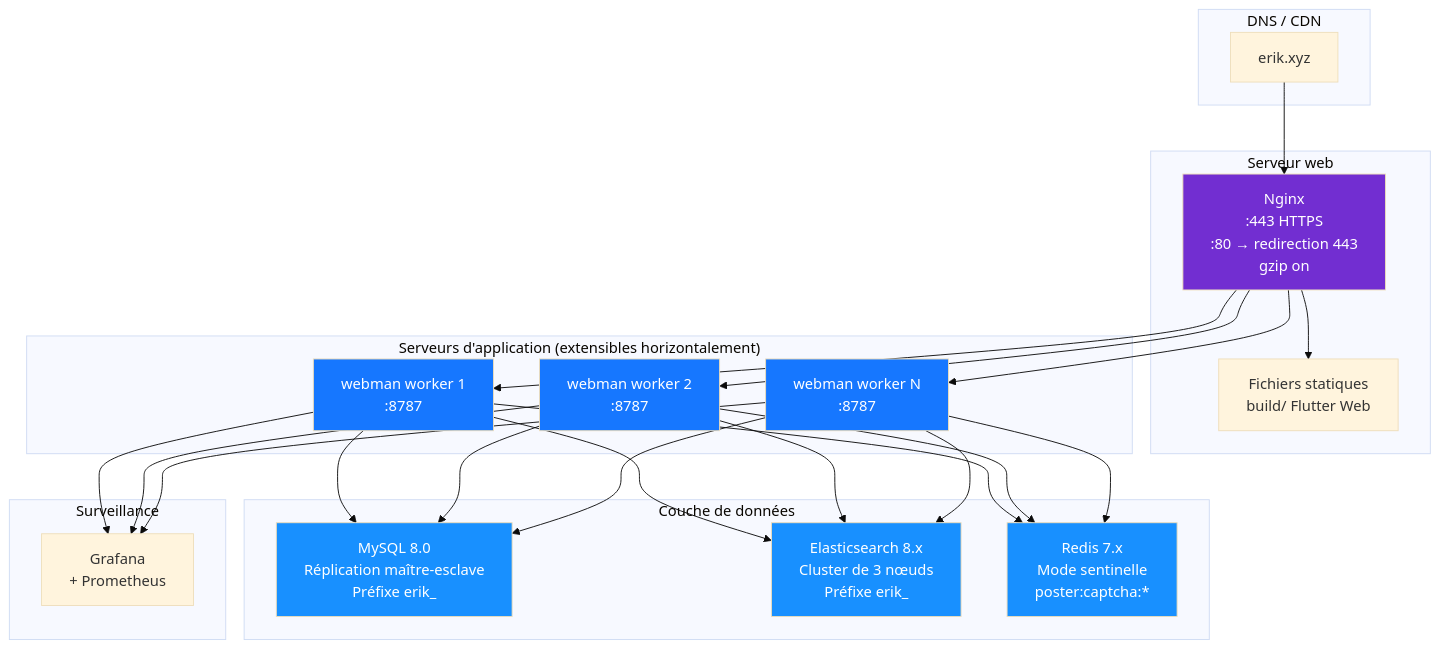
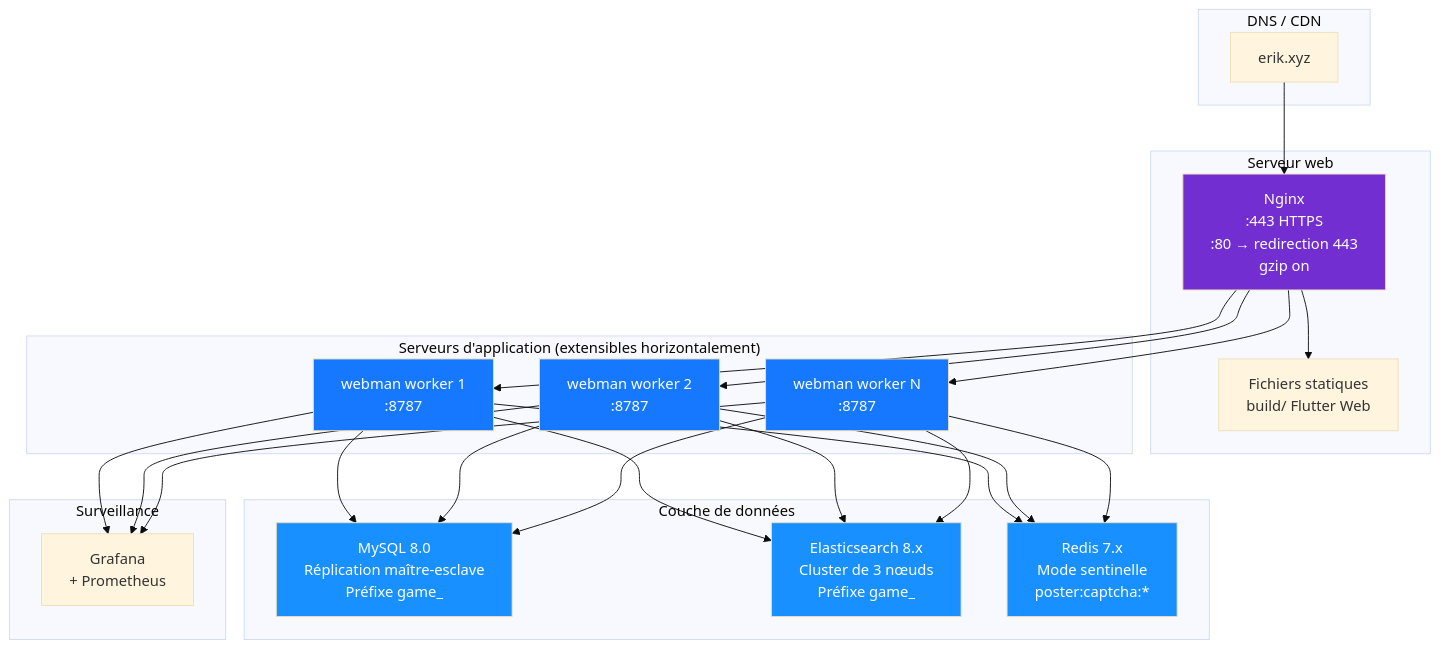
Before and after one commit to erikwang2013/game-platform-php: diagram 14 of 14 in admin/docs/ARCHITECTURE.fr.md, drawn with Mermaid (base theme). The commit also changed other lines of this file and 345 other files, not shown here.

````diff
--- a/admin/docs/ARCHITECTURE.fr.md
+++ b/admin/docs/ARCHITECTURE.fr.md
@@ -660,43 +660,43 @@
 ```mermaid
 flowchart TB
     subgraph "DNS / CDN"
         DNS["erik.xyz"]
     end
 
     subgraph "Serveur web"
         NGX["Nginx<br/>:443 HTTPS<br/>:80 → redirection 443<br/>gzip on"]
         STA["Fichiers statiques<br/>build/ Flutter Web"]
     end
 
     subgraph "Serveurs d'application (extensibles horizontalement)"
         WM1["webman worker 1<br/>:8787"]
         WM2["webman worker 2<br/>:8787"]
         WM3["webman worker N<br/>:8787"]
     end
 
     subgraph "Couche de données"
-        MYSQL["MySQL 8.0<br/>Réplication maître-esclave<br/>Préfixe erik_"]
-        ES["Elasticsearch 8.x<br/>Cluster de 3 nœuds<br/>Préfixe erik_"]
+        MYSQL["MySQL 8.0<br/>Réplication maître-esclave<br/>Préfixe game_"]
+        ES["Elasticsearch 8.x<br/>Cluster de 3 nœuds<br/>Préfixe game_"]
         REDIS["Redis 7.x<br/>Mode sentinelle<br/>poster:captcha:*"]
     end
 
     subgraph "Surveillance"
         MON["Grafana<br/>+ Prometheus"]
     end
 
     DNS --> NGX
     NGX --> STA
     NGX --> WM1 & WM2 & WM3
     WM1 & WM2 & WM3 --> MYSQL
     WM1 & WM2 & WM3 --> ES
     WM1 & WM2 & WM3 --> REDIS
     WM1 & WM2 & WM3 --> MON
 
     style NGX fill:#722ED1,color:#fff
     style WM1 fill:#1677FF,color:#fff
     style WM2 fill:#1677FF,color:#fff
     style WM3 fill:#1677FF,color:#fff
     style MYSQL fill:#1890FF,color:#fff
     style ES fill:#1890FF,color:#fff
     style REDIS fill:#1890FF,color:#fff
 ```
````
